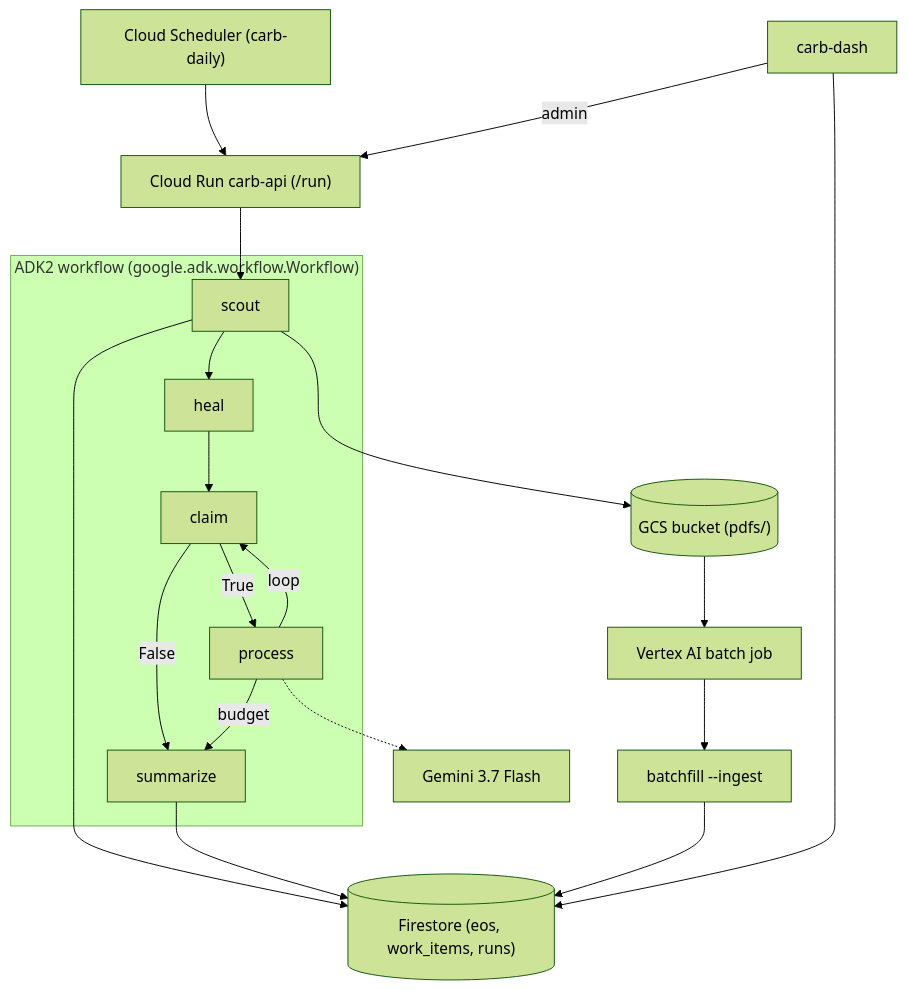
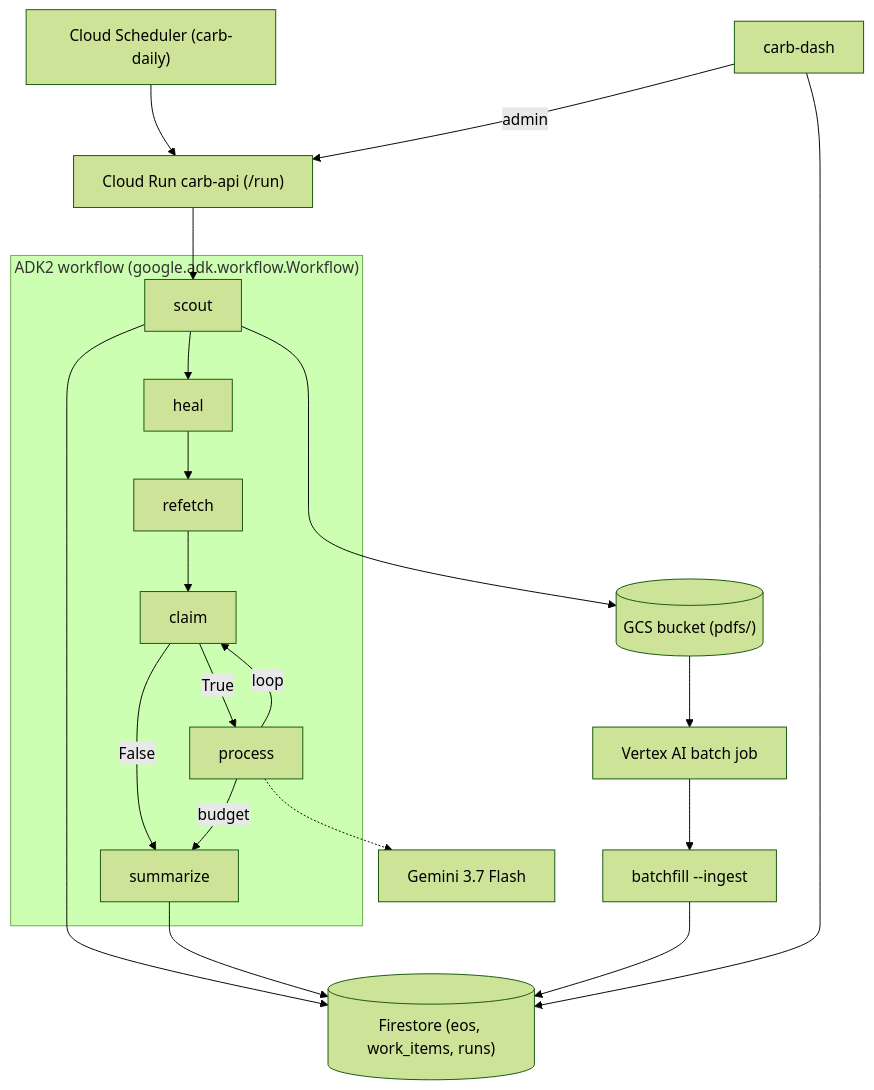
The diagram in docs/architecture.mmd (bunger78/hackathon-carb-eo-pipeline), drawn with Mermaid (forest theme) before and after one commit. The commit also changed 4 other files, not shown here.

```diff
--- a/docs/architecture.mmd
+++ b/docs/architecture.mmd
@@ -1,38 +1,40 @@
 flowchart TD
   %% AUTO-GENERATED -- do not hand-edit the ADK2 subgraph below.
   %% Regenerate: $env:PYTHONPATH='.'; py -3 tools/generate_diagram.py
 
   scheduler["Cloud Scheduler (carb-daily)"]
   api["Cloud Run carb-api (/run)"]
   firestore[("Firestore (eos, work_items, runs)")]
   gcs[("GCS bucket (pdfs/)")]
   gemini["Gemini 3.7 Flash"]
   vertex["Vertex AI batch job"]
   batchfill["batchfill --ingest"]
   dash["carb-dash"]
 
   scheduler --> api
   api --> wf_scout
   wf_scout --> firestore
   wf_scout --> gcs
   wf_process -.-> gemini
   wf_summarize --> firestore
   gcs --> vertex
   vertex --> batchfill
   batchfill --> firestore
   dash --> firestore
   dash -- "admin" --> api
 
   subgraph ADK2["ADK2 workflow (google.adk.workflow.Workflow)"]
     wf_scout["scout"]
     wf_heal["heal"]
+    wf_refetch["refetch"]
     wf_claim["claim"]
     wf_process["process"]
     wf_summarize["summarize"]
     wf_scout --> wf_heal
-    wf_heal --> wf_claim
+    wf_heal --> wf_refetch
+    wf_refetch --> wf_claim
     wf_claim -- "True" --> wf_process
     wf_claim -- "False" --> wf_summarize
     wf_process -- "loop" --> wf_claim
     wf_process -- "budget" --> wf_summarize
   end
```
